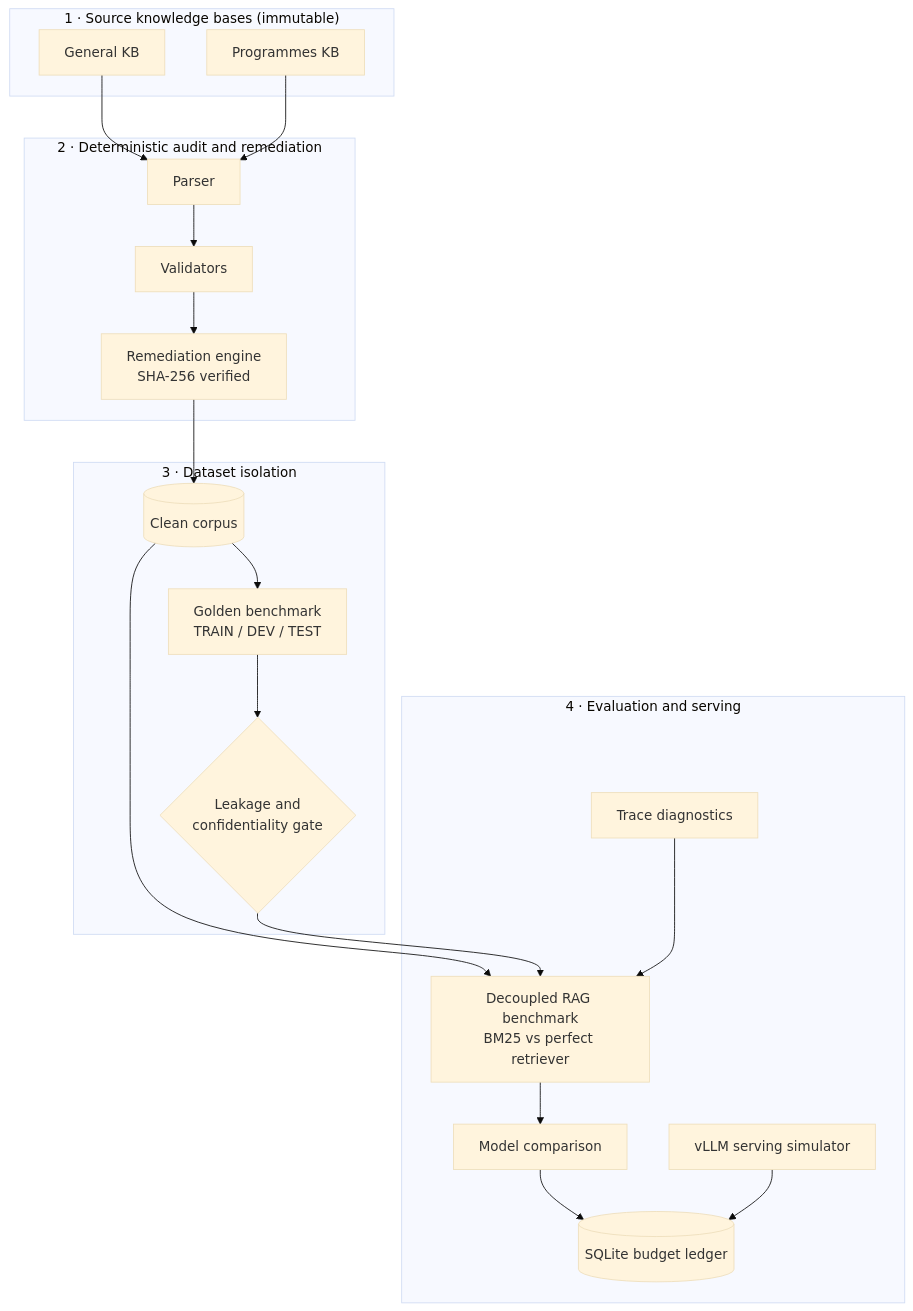
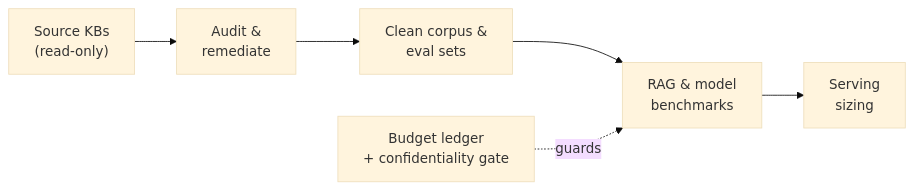
One commit to Sudharsanselvaraj/Model-Systems-Workbench changed the diagram in README.md. Above: the diagram before and after it, drawn with Mermaid (base theme). The commit also changed other lines of this file, not shown here.

````diff
--- a/README.md
+++ b/README.md
@@ -128,33 +126,5 @@
 ```mermaid
-flowchart TD
-    subgraph KB["1 · Source knowledge bases (immutable)"]
-        G["General KB"]
-        P["Programmes KB"]
-    end
-
-    subgraph Audit["2 · Deterministic audit and remediation"]
-        Parse["Parser"] --> Validate["Validators"] --> Fix["Remediation engine<br/>SHA-256 verified"]
-    end
-
-    subgraph Data["3 · Dataset isolation"]
-        Clean[("Clean corpus")]
-        Golden["Golden benchmark<br/>TRAIN / DEV / TEST"]
-        Gate{"Leakage and<br/>confidentiality gate"}
-    end
-
-    subgraph Eval["4 · Evaluation and serving"]
-        RAG["Decoupled RAG benchmark<br/>BM25 vs perfect retriever"]
-        Models["Model comparison"]
-        Traces["Trace diagnostics"]
-        Serve["vLLM serving simulator"]
-        Ledger[("SQLite budget ledger")]
-    end
-
-    G --> Parse
-    P --> Parse
-    Fix --> Clean --> RAG
-    Clean --> Golden --> Gate --> RAG
-    RAG --> Models --> Ledger
-    Traces --> RAG
-    Serve --> Ledger
+flowchart LR
+    A["Source KBs<br/>(read-only)"] --> B["Audit &<br/>remediate"] --> C["Clean corpus &<br/>eval sets"] --> D["RAG & model<br/>benchmarks"] --> E["Serving<br/>sizing"]
+    F["Budget ledger<br/>+ confidentiality gate"] -.guards.-> D
 ```
````
